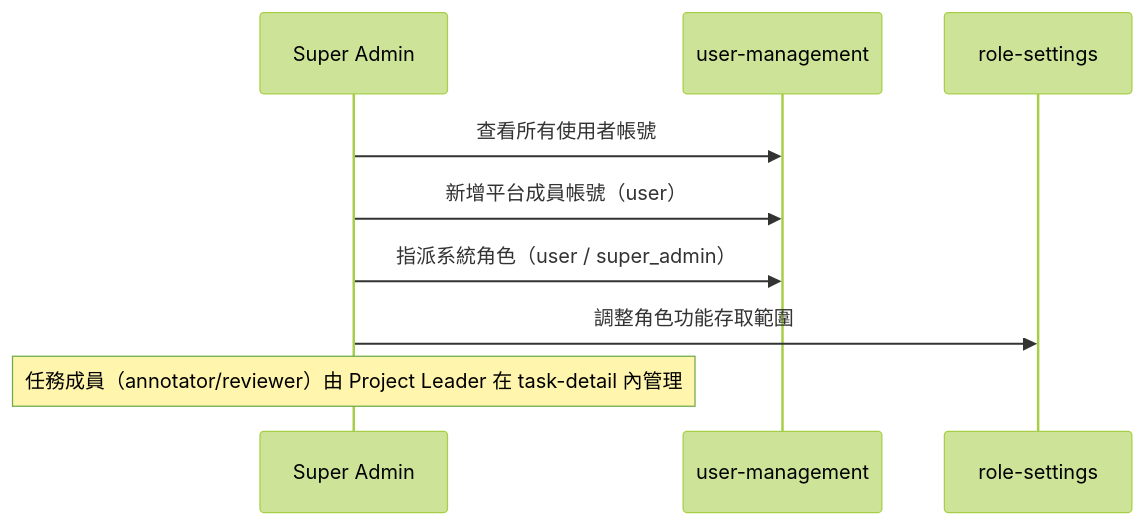
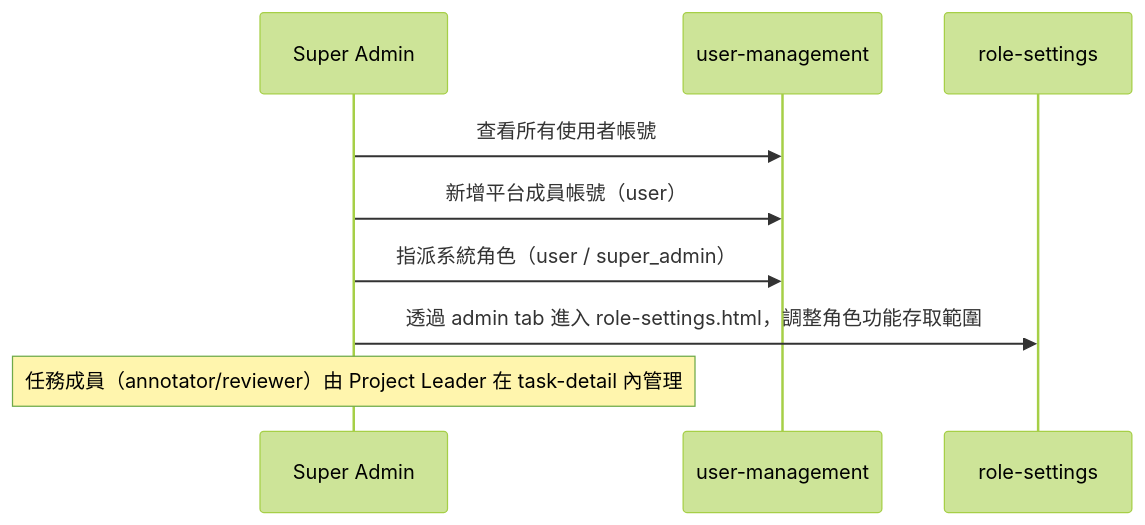
The fifth of 5 diagrams in docs/product/ia/information-architecture.md (singyichen/label-suite), drawn with Mermaid (forest theme) before and after one commit. The commit also changed other lines of this file and 5 other files, not shown here.

````diff
--- a/docs/product/ia/information-architecture.md
+++ b/docs/product/ia/information-architecture.md
@@ -547,12 +566,12 @@
 ```mermaid
 sequenceDiagram
   participant SA as Super Admin
   participant UM as user-management
   participant RS as role-settings
 
   SA->>UM: 查看所有使用者帳號
   SA->>UM: 新增平台成員帳號（user）
   SA->>UM: 指派系統角色（user / super_admin）
-  SA->>RS: 調整角色功能存取範圍
+  SA->>RS: 透過 admin tab 進入 role-settings.html，調整角色功能存取範圍
   Note over SA: 任務成員（annotator/reviewer）由 Project Leader 在 task-detail 內管理
 ```
````
